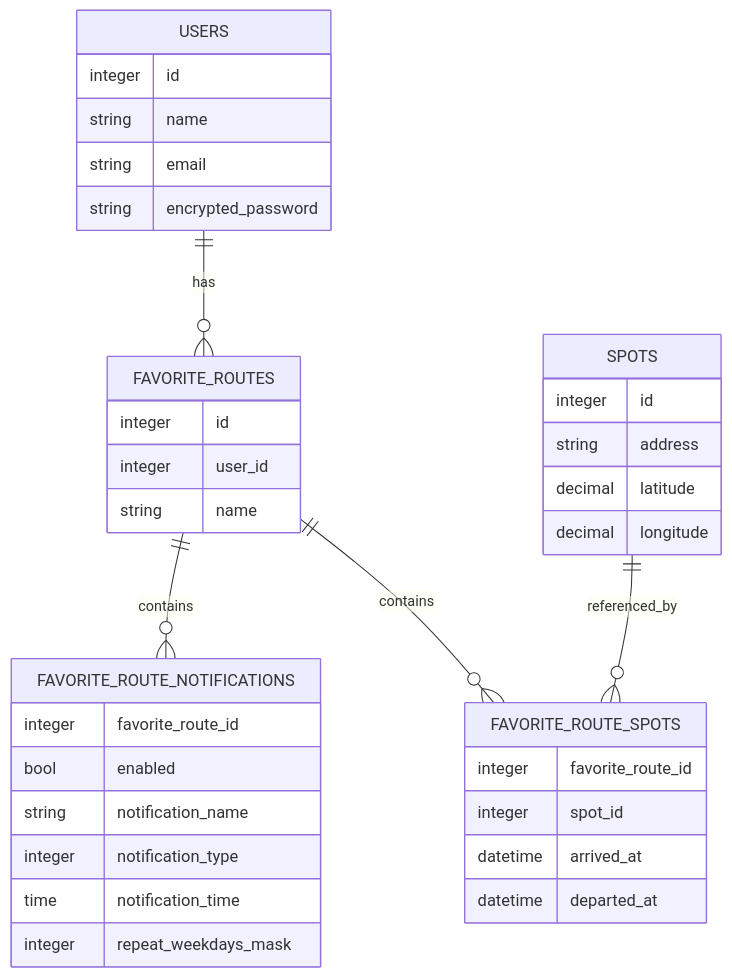
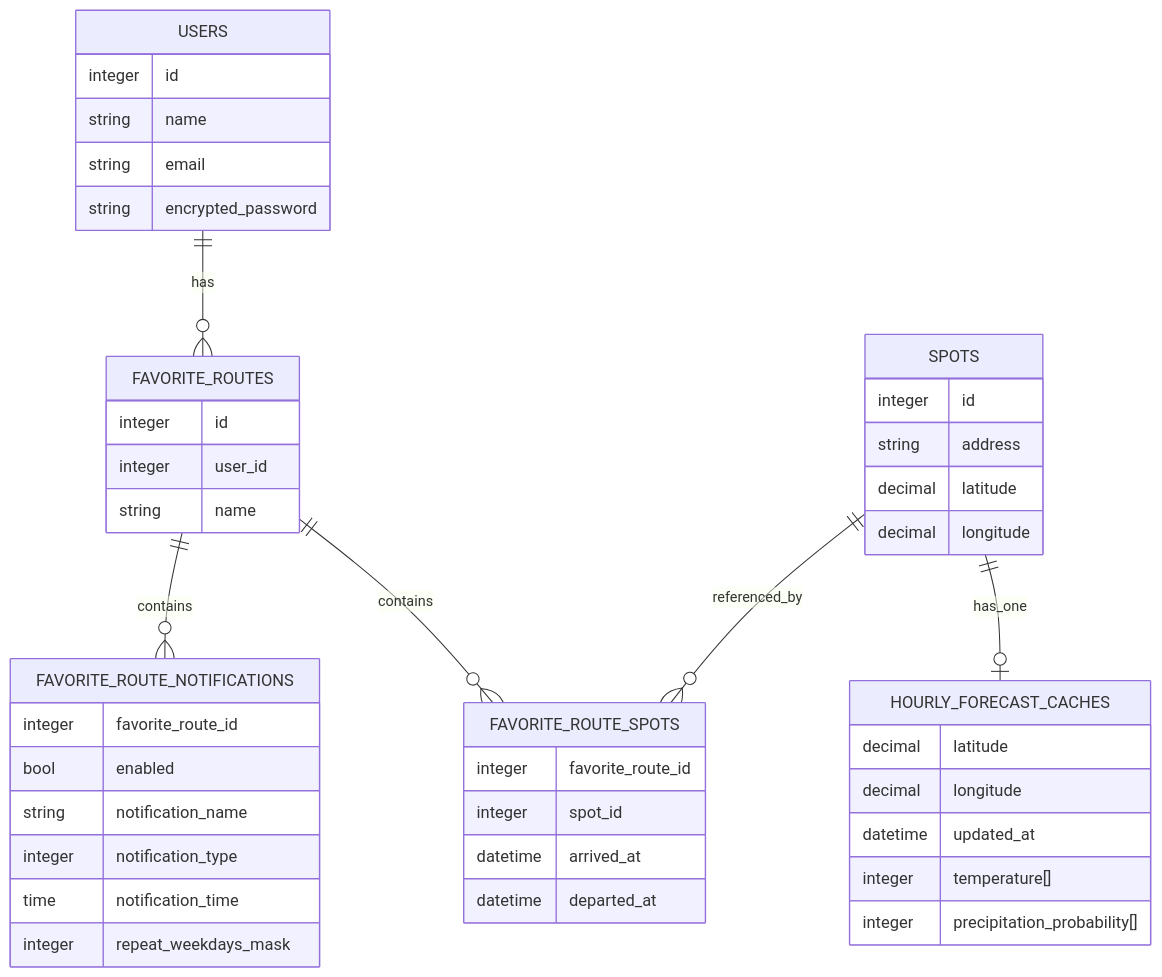
Before and after one commit to yu-suke0919/multi_weather: the second of 2 diagrams in README.md, drawn with Mermaid. The commit also changed other lines of this file, not shown here.

Commit message:
ER図を用いたテーブル設計を追加

````diff
--- a/README.md
+++ b/README.md
@@ -80,43 +82,52 @@
 ```mermaid
 erDiagram
-USERS {
+  USERS {
   integer id
   string name
   string email
   string encrypted_password
-}
+  }
 
-FAVORITE_ROUTES{
-  integer id
-  integer user_id
-  string name
-}
+  FAVORITE_ROUTES{
+    integer id
+    integer user_id
+    string name
+  }
 
-FAVORITE_ROUTE_NOTIFICATIONS{
-  integer favorite_route_id
-  bool enabled
-  string notification_name
-  integer notification_type
-  time notification_time
-  integer repeat_weekdays_mask
-}
+  FAVORITE_ROUTE_NOTIFICATIONS{
+    integer favorite_route_id
+    bool enabled
+    string notification_name
+    integer notification_type
+    time notification_time
+    integer repeat_weekdays_mask
+  }
 
-SPOTS{
-  integer id
-  string address
-  decimal latitude
-  decimal longitude
-}
+  SPOTS{
+    integer id
+    string address
+    decimal latitude
+    decimal longitude
+  }
 
-FAVORITE_ROUTE_SPOTS{
-  integer favorite_route_id
-  integer spot_id
-  datetime arrived_at
-  datetime departed_at
-}
+  FAVORITE_ROUTE_SPOTS{
+    integer favorite_route_id
+    integer spot_id
+    datetime arrived_at
+    datetime departed_at
+  }
+  HOURLY_FORECAST_CACHES{
+    decimal latitude
+    decimal longitude
+    datetime updated_at
+    integer temperature[]
+    integer precipitation_probability[]
+  }
 
-USERS ||--o{ FAVORITE_ROUTES : has
-FAVORITE_ROUTES ||--o{ FAVORITE_ROUTE_NOTIFICATIONS : contains
-FAVORITE_ROUTES ||--o{ FAVORITE_ROUTE_SPOTS : contains
-SPOTS ||--o{ FAVORITE_ROUTE_SPOTS : referenced_by
+  USERS ||--o{ FAVORITE_ROUTES : has
+  FAVORITE_ROUTES ||--o{ FAVORITE_ROUTE_NOTIFICATIONS : contains
+  FAVORITE_ROUTES ||--o{ FAVORITE_ROUTE_SPOTS : contains
+  SPOTS ||--o{ FAVORITE_ROUTE_SPOTS : referenced_by
+  SPOTS ||--o| HOURLY_FORECAST_CACHES :has_one
+
 ```
````
